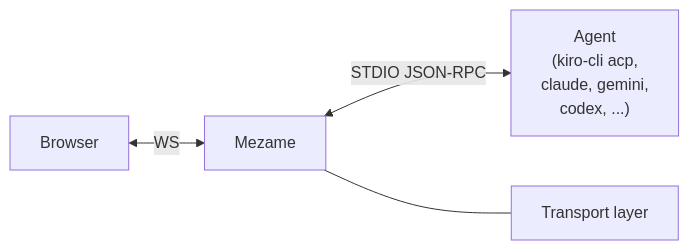
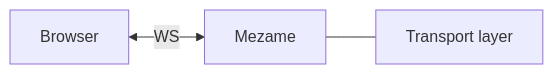
Before and after one commit to aichholzer/mezame: the diagram in docs/architecture.md, drawn with Mermaid. The commit also changed other lines of this file and 5 other files, not shown here.

````diff
--- a/docs/architecture.md
+++ b/docs/architecture.md
@@ -5,11 +5,9 @@
 ```mermaid
 flowchart LR
   browser[Browser]
   mezame["Mezame"]
-  agent["Agent<br/>(kiro-cli acp,<br/>claude, gemini,<br/>codex, ...)"]
   transport["Transport layer"]
 
   browser <-- WS --> mezame
-  mezame <-- "STDIO JSON-RPC" --> agent
   mezame --- transport
 ```
````
